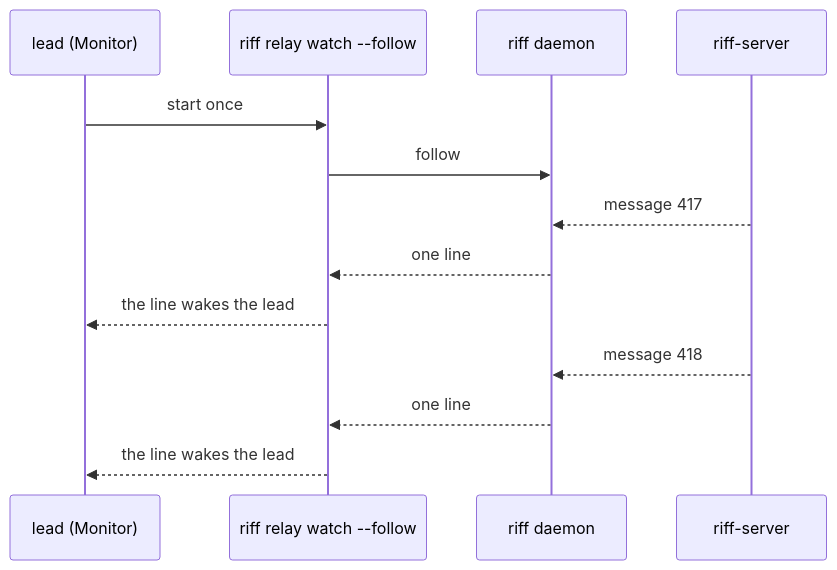
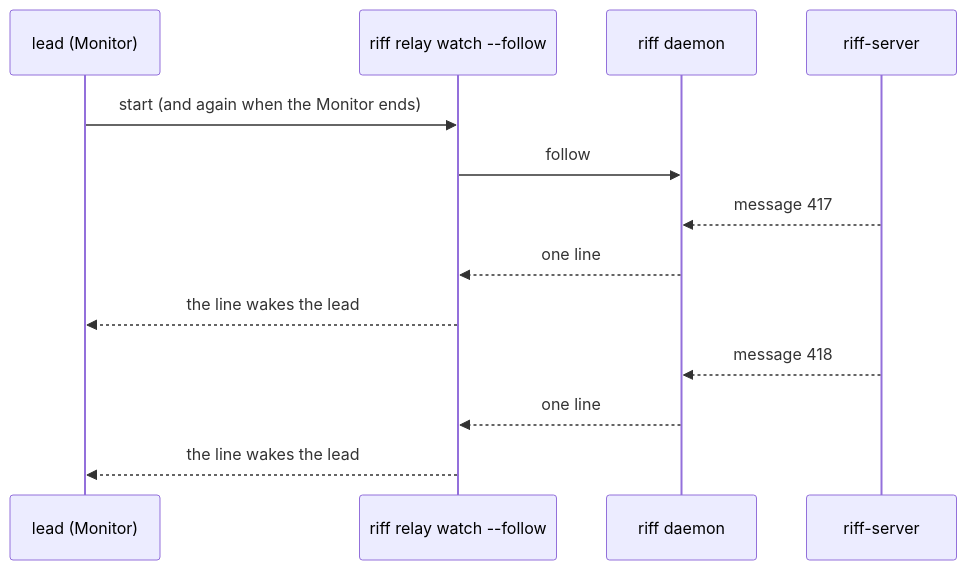
One commit to como-technologies/riff changed diagram 32 of 57 in docs/src/how-it-works.md. Above: the diagram before and after it, drawn with Mermaid. The commit also changed other lines of this file and 6 other files, not shown here.

First line of the commit message:
The lead starts the watch again when the Monitor ends, and a read leaves no wake for a new watch (#1332)

````diff
--- a/docs/src/how-it-works.md
+++ b/docs/src/how-it-works.md
@@ -2437,15 +2439,15 @@
 ```mermaid
 sequenceDiagram
     participant L as lead (Monitor)
     participant W as riff relay watch --follow
     participant D as riff daemon
     participant E as riff-server
-    L->>W: start once
+    L->>W: start (and again when the Monitor ends)
     W->>D: follow
     E-->>D: message 417
     D-->>W: one line
     W-->>L: the line wakes the lead
     E-->>D: message 418
     D-->>W: one line
     W-->>L: the line wakes the lead
 ```
````
